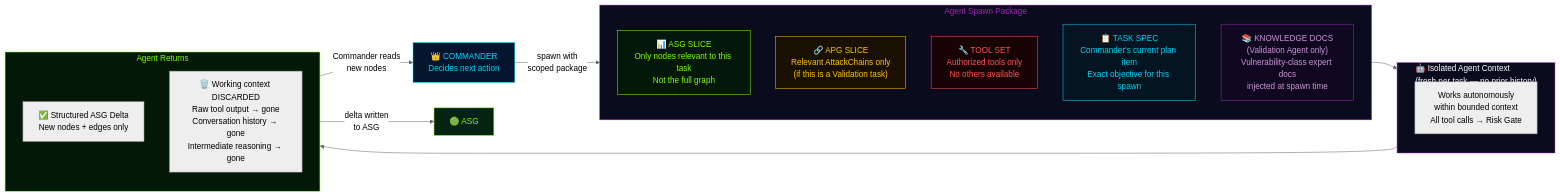
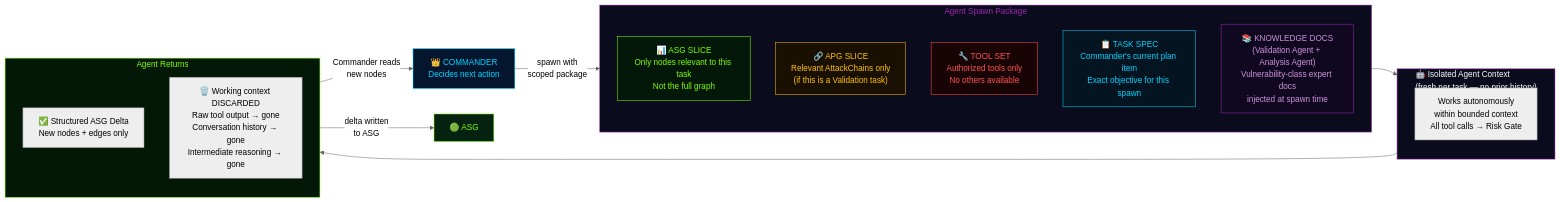
The third of 4 diagrams in docs/paper-thesis/ppt/explanation/module-03-core-agent-architecture.md (nishan-paul-2022/cmatrix-agentic-red-team), drawn with Mermaid (neutral theme) before and after one commit. The commit also changed 3 other files, not shown here.

````diff
--- a/docs/paper-thesis/ppt/explanation/module-03-core-agent-architecture.md
+++ b/docs/paper-thesis/ppt/explanation/module-03-core-agent-architecture.md
@@ -618,39 +618,39 @@
 ```mermaid
 flowchart LR
     CMD["👑 COMMANDER\nDecides next action"]
 
     subgraph SPAWN["Agent Spawn Package"]
         direction TB
         S1["📊 ASG SLICE\nOnly nodes relevant to this task\nNot the full graph"]
         S2["🔗 APG SLICE\nRelevant AttackChains only\n(if this is a Validation task)"]
         S3["🔧 TOOL SET\nAuthorized tools only\nNo others available"]
         S4["📋 TASK SPEC\nCommander's current plan item\nExact objective for this spawn"]
-        S5["📚 KNOWLEDGE DOCS\n(Validation Agent only)\nVulnerability-class expert docs\ninjected at spawn time"]
+        S5["📚 KNOWLEDGE DOCS\n(Validation Agent + Analysis Agent)\nVulnerability-class expert docs\ninjected at spawn time"]
     end
 
     subgraph AGENT["🤖 Isolated Agent Context\n(fresh per task — no prior history)"]
         WORK["Works autonomously\nwithin bounded context\nAll tool calls → Risk Gate"]
     end
 
     subgraph RETURN["Agent Returns"]
         R1["✅ Structured ASG Delta\nNew nodes + edges only"]
         R2["🗑️ Working context DISCARDED\nRaw tool output → gone\nConversation history → gone\nIntermediate reasoning → gone"]
     end
 
     CMD -->|"spawn with\nscoped package"| SPAWN
     SPAWN --> AGENT
     AGENT --> RETURN
     RETURN -->|"delta written\nto ASG"| ASG_ICON["🟢 ASG"]
     RETURN -->|"Commander reads\nnew nodes"| CMD
 
     style CMD fill:#04162E,stroke:#00D4FF,color:#00D4FF
     style SPAWN fill:#0A0C1E,stroke:#9C27B0,color:#9C27B0
     style AGENT fill:#0A0C1E,stroke:#9C27B0,color:#fff
     style RETURN fill:#041808,stroke:#7FFF00,color:#7FFF00
     style ASG_ICON fill:#062210,stroke:#7FFF00,color:#7FFF00
     style S1 fill:#04180A,stroke:#7FFF00,color:#7FFF00
     style S2 fill:#1A1002,stroke:#FFC107,color:#FFC107
     style S3 fill:#180404,stroke:#FF5252,color:#FF5252
     style S4 fill:#041420,stroke:#00D4FF,color:#00D4FF
     style S5 fill:#100820,stroke:#9C27B0,color:#CE93D8
 ```
````
